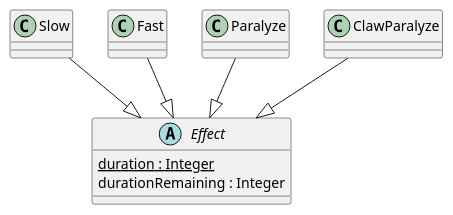
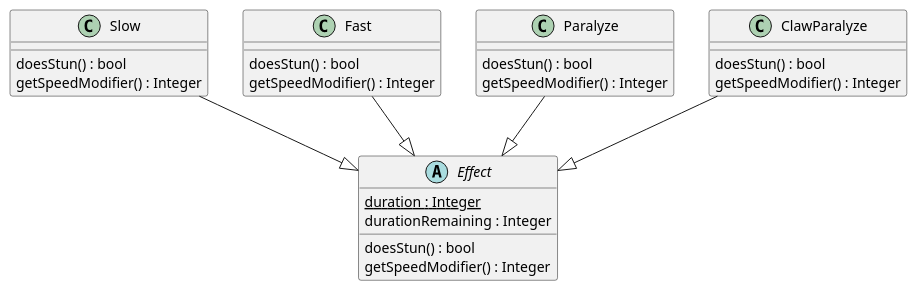
Before and after one commit to Petya-G/fungorium: the diagram in 3/classes/effect.puml, drawn with PlantUML. The commit also changed 8 other files, not shown here.

```diff
--- a/3/classes/effect.puml
+++ b/3/classes/effect.puml
@@ -1,25 +1,36 @@
 @startuml effect
 
 abstract class Effect{
     {static} duration : Integer
     durationRemaining : Integer
+
+    doesStun() : bool
+    getSpeedModifier() : Integer
 }
 
 Slow --|> Effect
 class Slow {
+    doesStun() : bool
+    getSpeedModifier() : Integer
 }
 
 Fast --|> Effect
 class Fast {
+    doesStun() : bool
+    getSpeedModifier() : Integer
 }
 
 Paralyze --|> Effect
 class Paralyze {
+    doesStun() : bool
+    getSpeedModifier() : Integer
 }
 
 ClawParalyze --|> Effect
 class ClawParalyze {
+    doesStun() : bool
+    getSpeedModifier() : Integer
 }
 
 
 @enduml
```
